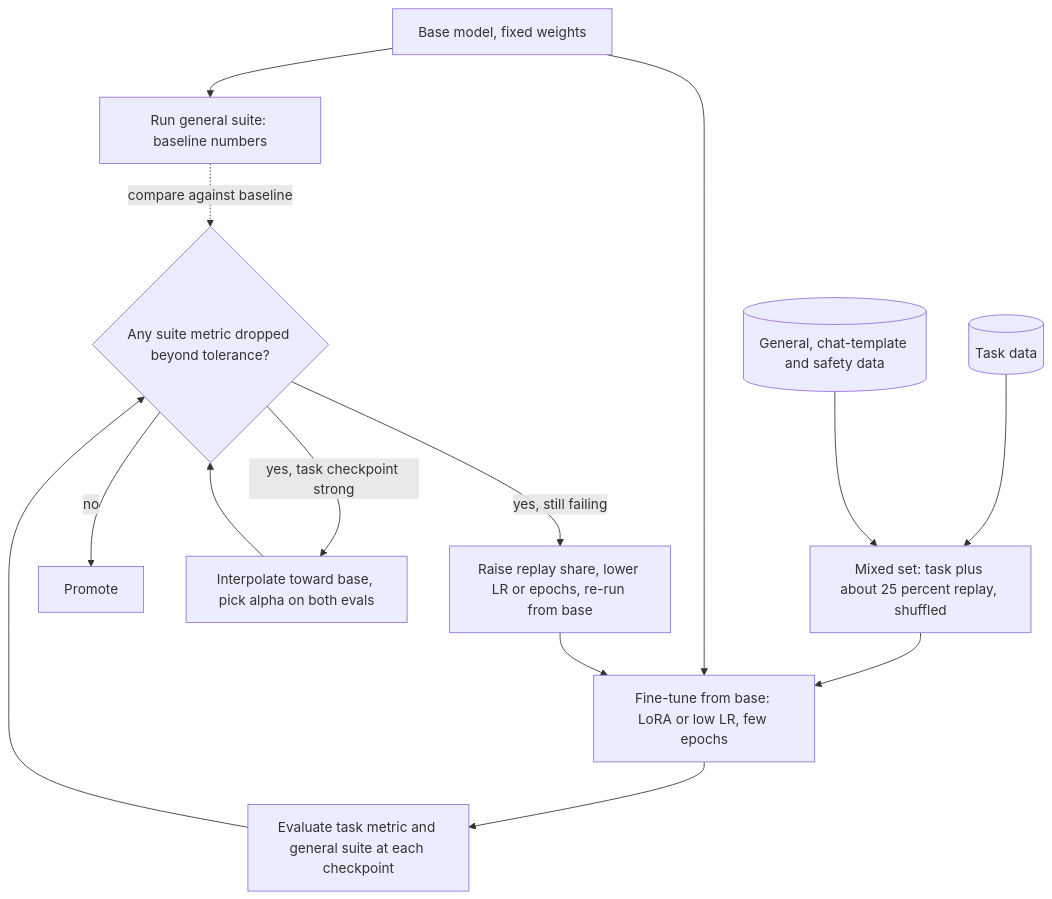
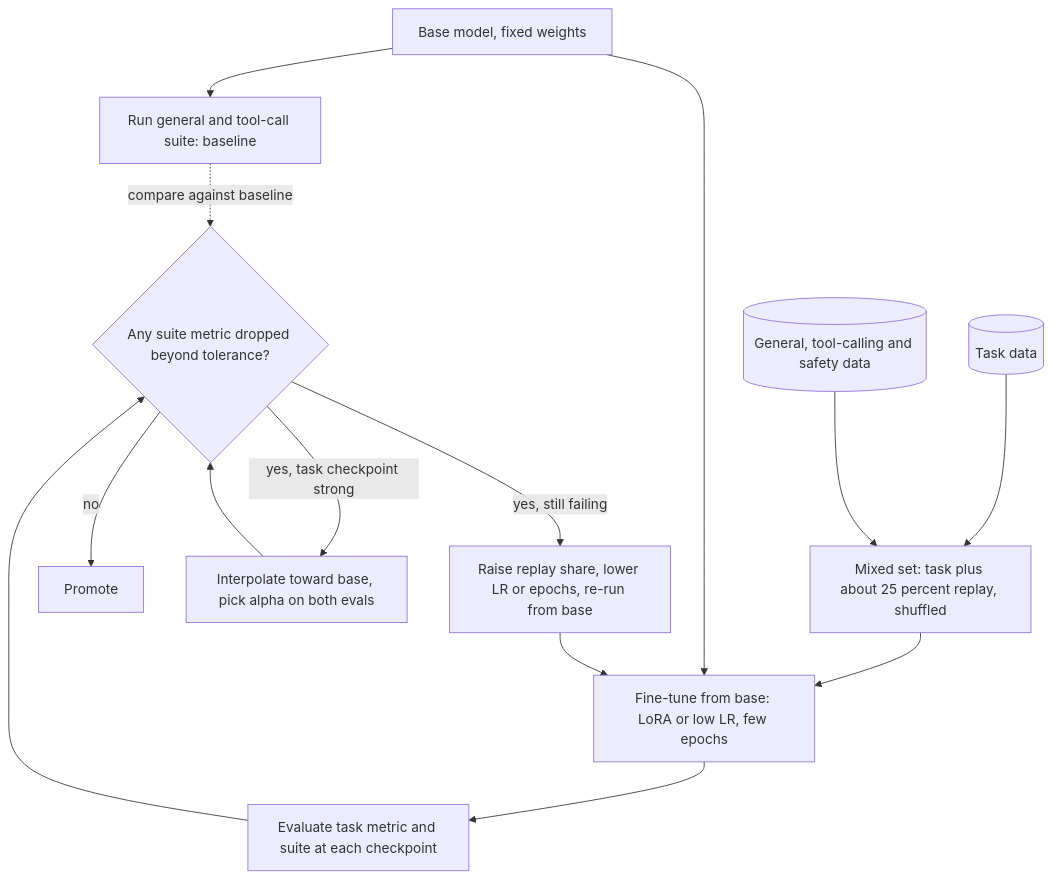
Before and after one commit to lovishmahajan97/agentic-learning: the diagram in content/training-adaptation/catastrophic-forgetting.md, drawn with Mermaid. The commit also changed other lines of this file and 266 other files, not shown here.

````diff
--- a/content/training-adaptation/catastrophic-forgetting.md
+++ b/content/training-adaptation/catastrophic-forgetting.md
@@ -124,16 +144,16 @@
 ```mermaid
 flowchart TD
-    B["Base model, fixed weights"] --> S0["Run general suite: baseline numbers"]
+    B["Base model, fixed weights"] --> S0["Run general and tool-call suite: baseline"]
     T[("Task data")] --> M["Mixed set: task plus about 25 percent replay, shuffled"]
-    R[("General, chat-template and safety data")] --> M
+    R[("General, tool-calling and safety data")] --> M
     M --> F["Fine-tune from base: LoRA or low LR, few epochs"]
     B --> F
-    F --> E["Evaluate task metric and general suite at each checkpoint"]
+    F --> E["Evaluate task metric and suite at each checkpoint"]
     E --> G{"Any suite metric dropped beyond tolerance?"}
     S0 -.->|"compare against baseline"| G
     G -->|"no"| SH["Promote"]
     G -->|"yes, task checkpoint strong"| I["Interpolate toward base, pick alpha on both evals"]
     I --> G
     G -->|"yes, still failing"| RR["Raise replay share, lower LR or epochs, re-run from base"]
     RR --> F
 ```
````
